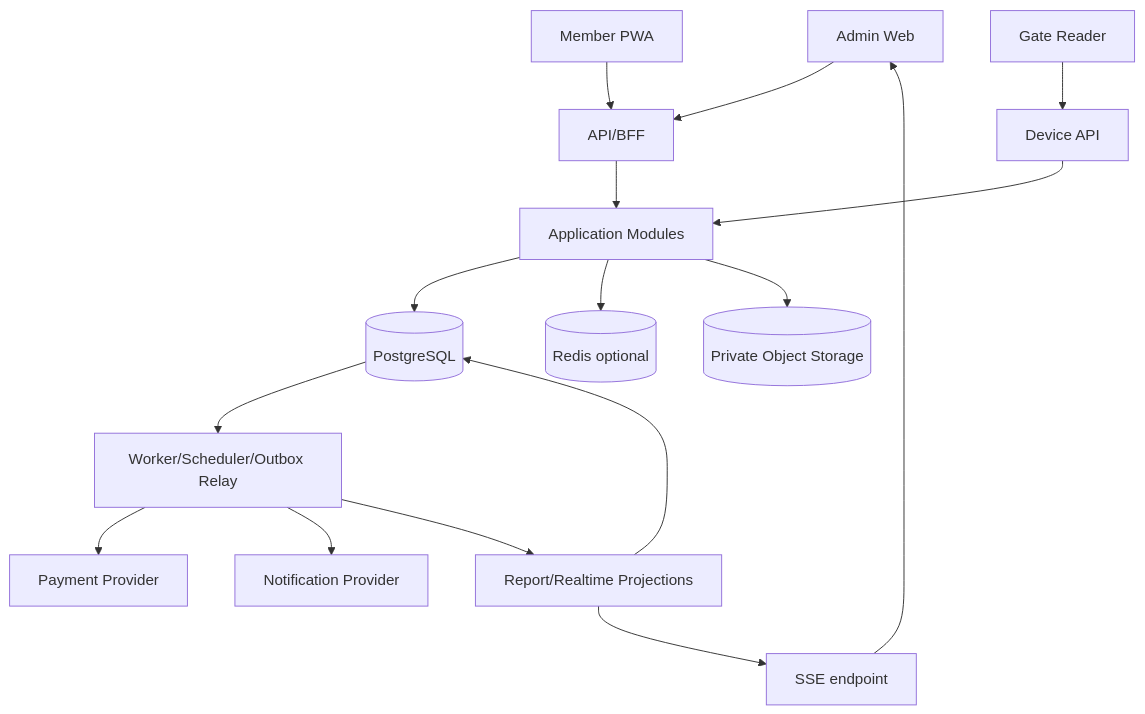
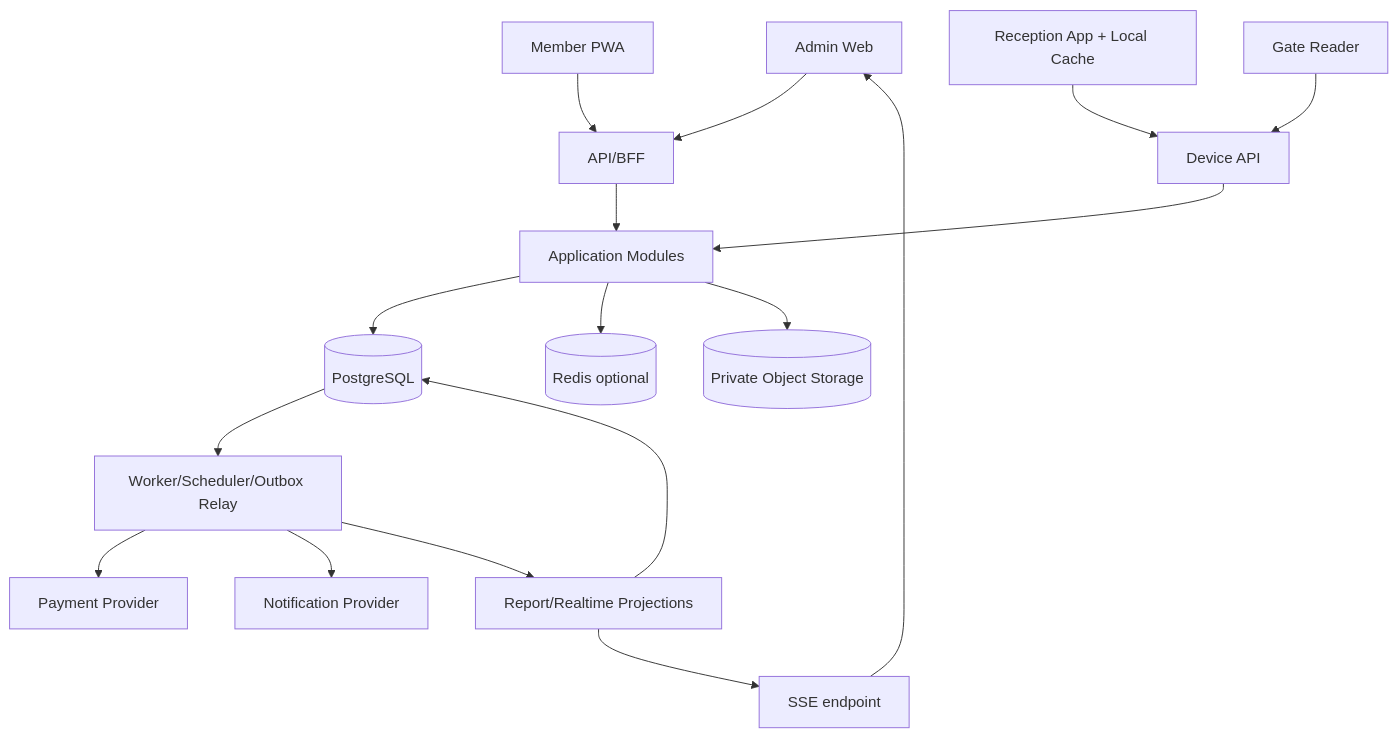
The diagram in specs/02-architecture/02-solution-architecture.md (vuthanhhnguyenn/SunSwim-spec), drawn with Mermaid before and after one commit. The commit also changed other lines of this file and 29 other files, not shown here.

````diff
--- a/specs/02-architecture/02-solution-architecture.md
+++ b/specs/02-architecture/02-solution-architecture.md
@@ -16,18 +23,19 @@
 ```mermaid
 flowchart TB
     Admin["Admin Web"] --> API["API/BFF"]
     PWA["Member PWA"] --> API
+    Desk["Reception App + Local Cache"] --> DeviceAPI["Device API"]
     Gate["Gate Reader"] --> DeviceAPI["Device API"]
     API --> App["Application Modules"]
     DeviceAPI --> App
     App --> DB[("PostgreSQL")]
     App --> Redis[("Redis optional")]
     App --> Obj[("Private Object Storage")]
     DB --> Worker["Worker/Scheduler/Outbox Relay"]
     Worker --> PSP["Payment Provider"]
     Worker --> Notify["Notification Provider"]
     Worker --> Proj["Report/Realtime Projections"]
     Proj --> DB
     Proj --> Stream["SSE endpoint"]
     Stream --> Admin
 ```
````
